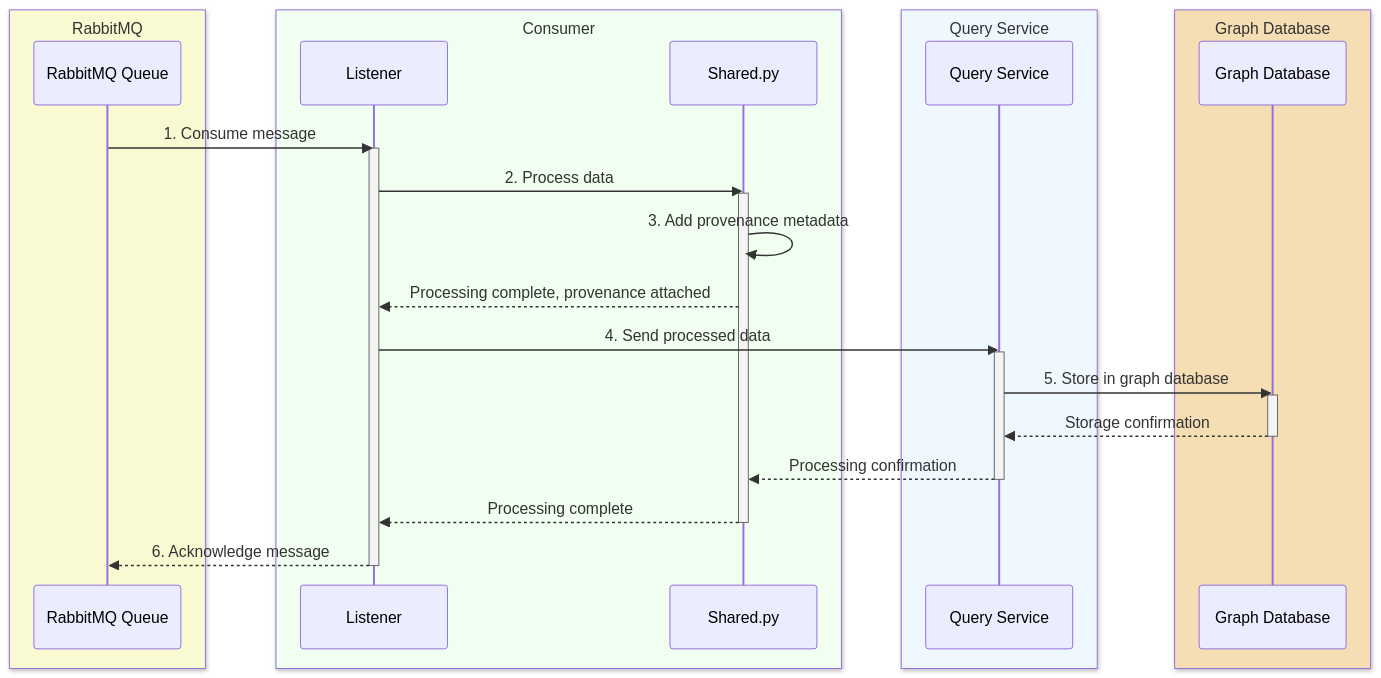
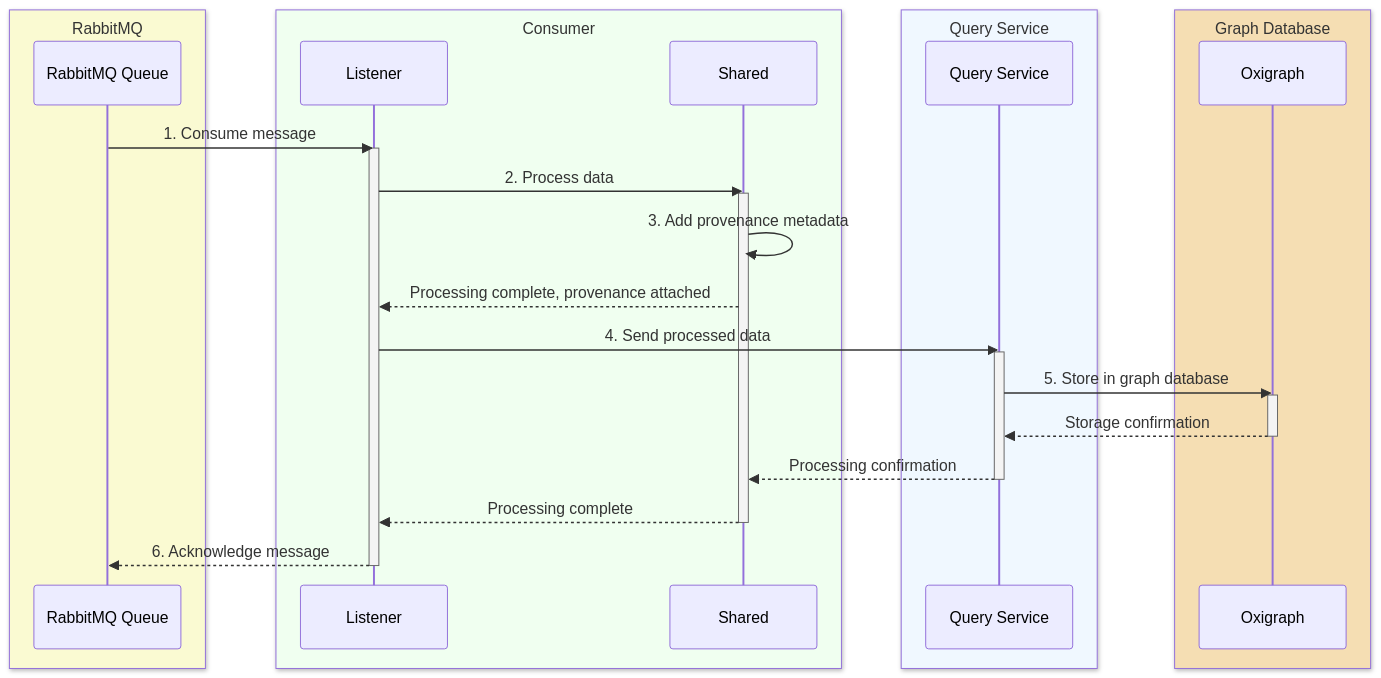
The second of 2 diagrams in docs/ingestion_service.md (sensein/brainkbdocs), drawn with Mermaid before and after one commit. The commit also changed other lines of this file and 1 other file, not shown here.

````diff
--- a/docs/ingestion_service.md
+++ b/docs/ingestion_service.md
@@ -63,54 +88,54 @@
 ```{mermaid} 
 sequenceDiagram
     %% Client/User on the left
     
     box LightGoldenRodYellow RabbitMQ 
         participant RabbitMQ as RabbitMQ Queue
     end
 
     box HoneyDew Consumer
         participant Consumer as Listener
-        participant Processor as  Shared.py
+        participant Processor as  Shared
     end
 
     box AliceBlue Query Service
         participant QueryService as Query Service
     end
 
     box Wheat Graph Database
-        participant GraphDB as Graph Database
+        participant GraphDB as Oxigraph
     end
  
       
     
     %% Worker service processes the message
     RabbitMQ->>Consumer: 1. Consume message
     activate Consumer
     Consumer->>Processor: 2. Process data
     activate Processor
     
     %% Processing steps
     Processor->>Processor: 3. Add provenance metadata
     
     %% Acknowledge message
     Processor-->>Consumer: Processing complete, provenance attached
 
     %% Send to query service
     Consumer->>QueryService: 4. Send processed data
     activate QueryService
     
     %% Store in database
     QueryService->>GraphDB: 5. Store in graph database
     activate GraphDB
     GraphDB-->>QueryService: Storage confirmation
     deactivate GraphDB
     
     QueryService-->>Processor: Processing confirmation
     deactivate QueryService
     
     %% Acknowledge message
     Processor-->>Consumer: Processing complete
     deactivate Processor
     Consumer-->>RabbitMQ: 6. Acknowledge message
     deactivate Consumer 
 ```
````
